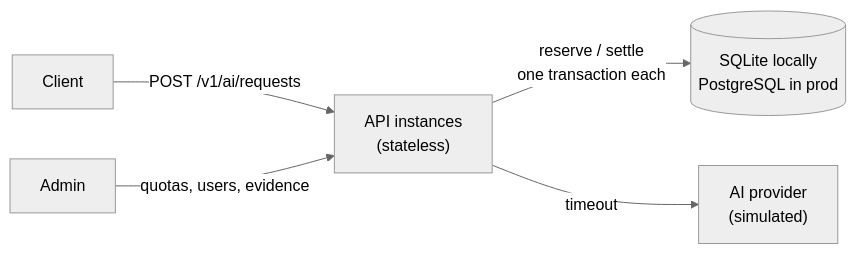
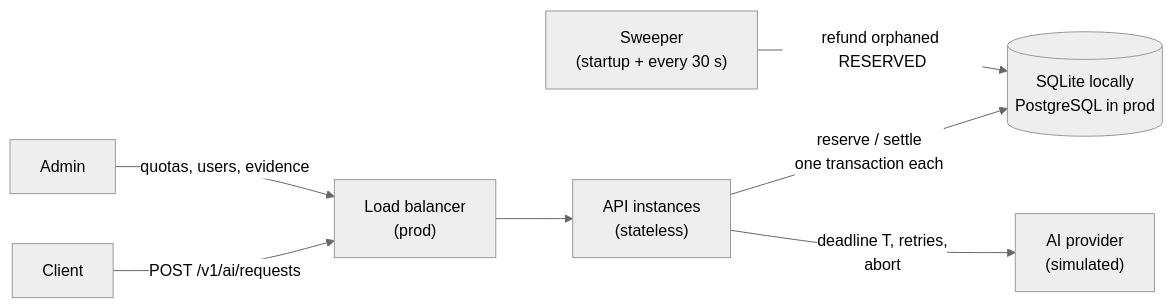
The first of 2 diagrams in task1-metering/docs/DESIGN.md (ArtemTart/ai-metering-home-assignment), drawn with Mermaid (neutral theme) before and after one commit. The commit also changed other lines of this file, not shown here.

Commit message:
Design: fill gaps in architecture, data model, edge cases, scaling and trade-offs

````diff
--- a/task1-metering/docs/DESIGN.md
+++ b/task1-metering/docs/DESIGN.md
@@ -20,7 +20,9 @@
 ```mermaid
 flowchart LR
-  C[Client] -->|POST /v1/ai/requests| API["API instances<br/>(stateless)"]
+  C[Client] -->|POST /v1/ai/requests| LB["Load balancer<br/>(prod)"]
+  ADM[Admin] -->|quotas, users, evidence| LB
+  LB --> API["API instances<br/>(stateless)"]
   API -->|"reserve / settle<br/>one transaction each"| DB[("SQLite locally<br/>PostgreSQL in prod")]
-  API -->|timeout| AI["AI provider<br/>(simulated)"]
-  ADM[Admin] -->|quotas, users, evidence| API
+  API -->|"deadline T, retries,<br/>abort"| AI["AI provider<br/>(simulated)"]
+  SW["Sweeper<br/>(startup + every 30 s)"] -->|refund orphaned RESERVED| DB
 ```
````
